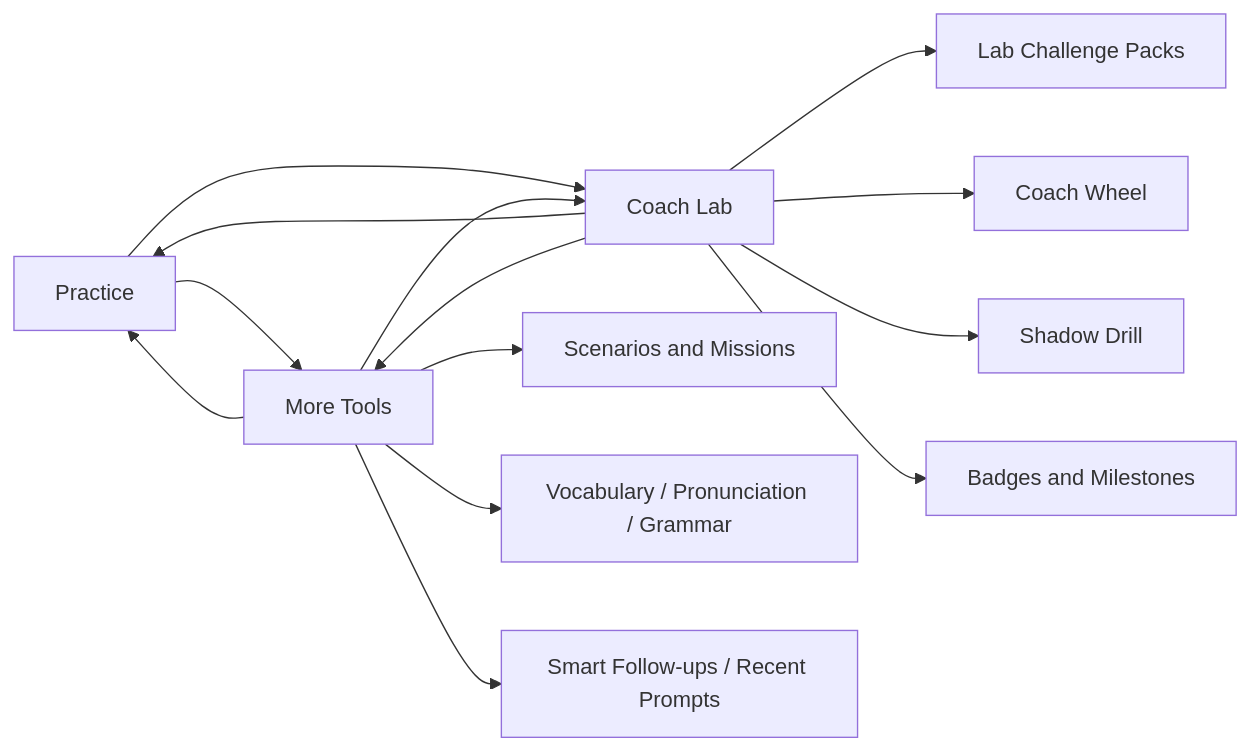
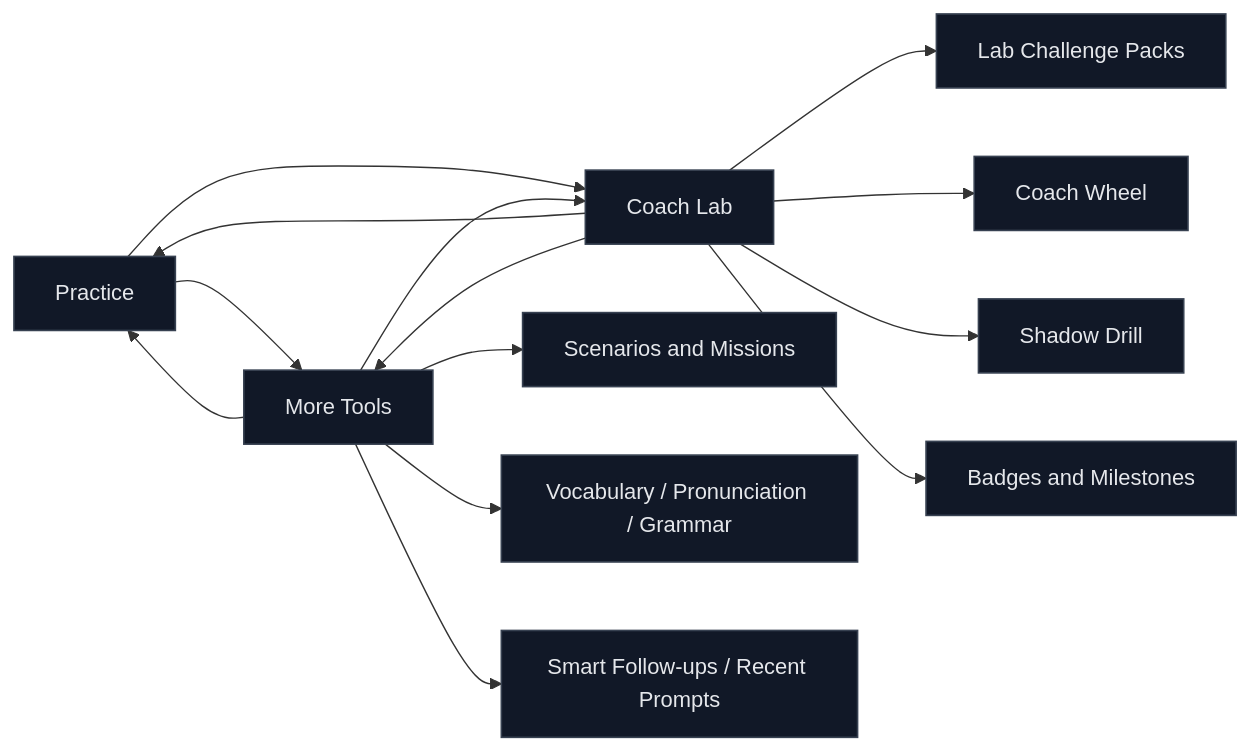
One commit to athiq2u/MoonSpeak-AI changed the second of 2 diagrams in Frontend/lingualive-ui/README.md. Above: the diagram before and after it, drawn with Mermaid.

Commit message:
Update frontend README flowchart dark styling

````diff
--- a/Frontend/lingualive-ui/README.md
+++ b/Frontend/lingualive-ui/README.md
@@ -144,17 +144,20 @@
 ```mermaid
 flowchart LR
 	PR[Practice] --> MT[More Tools]
 	PR --> CL[Coach Lab]
 	MT --> PR
 	MT --> CL
 	CL --> PR
 	CL --> MT
 
 	MT --> M1[Scenarios and Missions]
 	MT --> M2[Vocabulary / Pronunciation / Grammar]
 	MT --> M3[Smart Follow-ups / Recent Prompts]
 	CL --> C1[Lab Challenge Packs]
 	CL --> C2[Coach Wheel]
 	CL --> C3[Shadow Drill]
 	CL --> C4[Badges and Milestones]
+
+	classDef dark fill:#111827,stroke:#374151,color:#E5E7EB,stroke-width:1.2px;
+	class PR,MT,CL,M1,M2,M3,C1,C2,C3,C4 dark;
 ```
````
